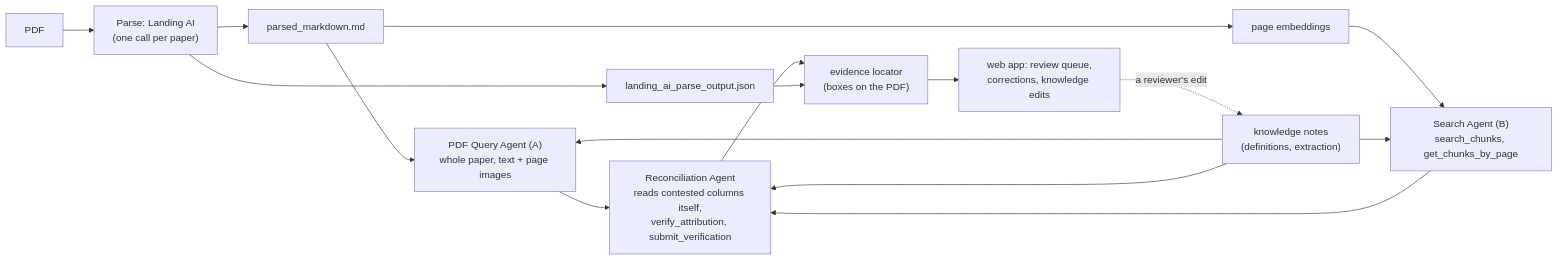
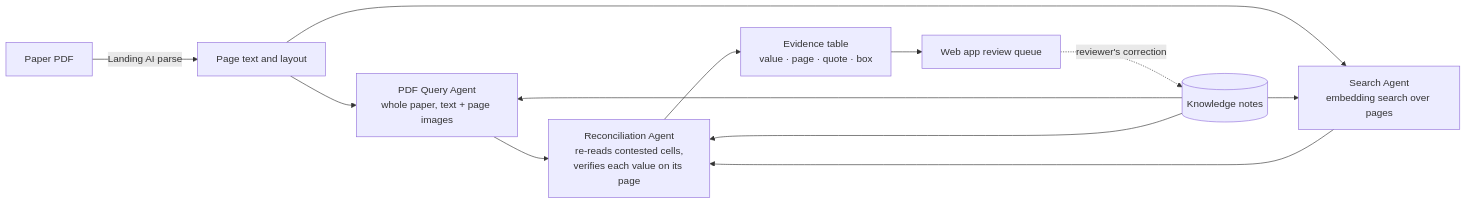
The diagram in README.md (CoRAL-ASU/EviSearch), drawn with Mermaid before and after one commit. The commit also changed other lines of this file and 810 other files, not shown here.

````diff
--- a/README.md
+++ b/README.md
@@ -8,18 +21,14 @@
 ```mermaid
 flowchart LR
-    PDF --> Prep["Parse: Landing AI<br/>(one call per paper)"]
-    Prep --> MD[parsed_markdown.md]
-    Prep --> PJ[landing_ai_parse_output.json]
-    MD --> A["PDF Query Agent (A)<br/>whole paper, text + page images"]
-    MD --> Emb["page embeddings"]
-    Emb --> B["Search Agent (B)<br/>search_chunks, get_chunks_by_page"]
-    KB["knowledge notes<br/>(definitions, extraction)"] --> A
+    PDF[Paper PDF] -->|Landing AI parse| P[Page text and layout]
+    P --> A["PDF Query Agent<br/>whole paper, text + page images"]
+    P --> B["Search Agent<br/>embedding search over pages"]
+    KB[(Knowledge notes)] --> A
     KB --> B
     KB --> R
-    A --> R["Reconciliation Agent<br/>reads contested columns itself,<br/>verify_attribution, submit_verification"]
+    A --> R["Reconciliation Agent<br/>re-reads contested cells,<br/>verifies each value on its page"]
     B --> R
-    R --> Loc["evidence locator<br/>(boxes on the PDF)"]
-    PJ --> Loc
-    Loc --> UI["web app: review queue,<br/>corrections, knowledge edits"]
-    UI -. "a reviewer's edit" .-> KB
+    R --> T["Evidence table<br/>value · page · quote · box"]
+    T --> UI[Web app review queue]
+    UI -. "reviewer's correction" .-> KB
 ```
````
